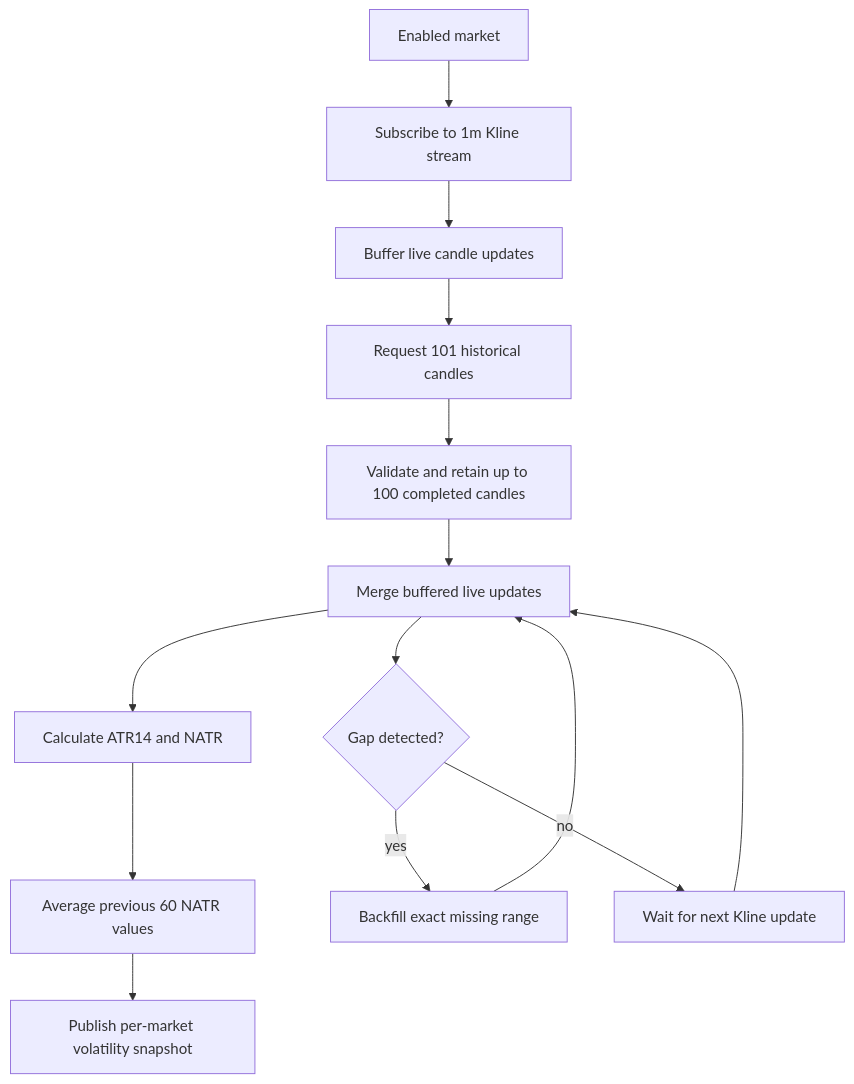
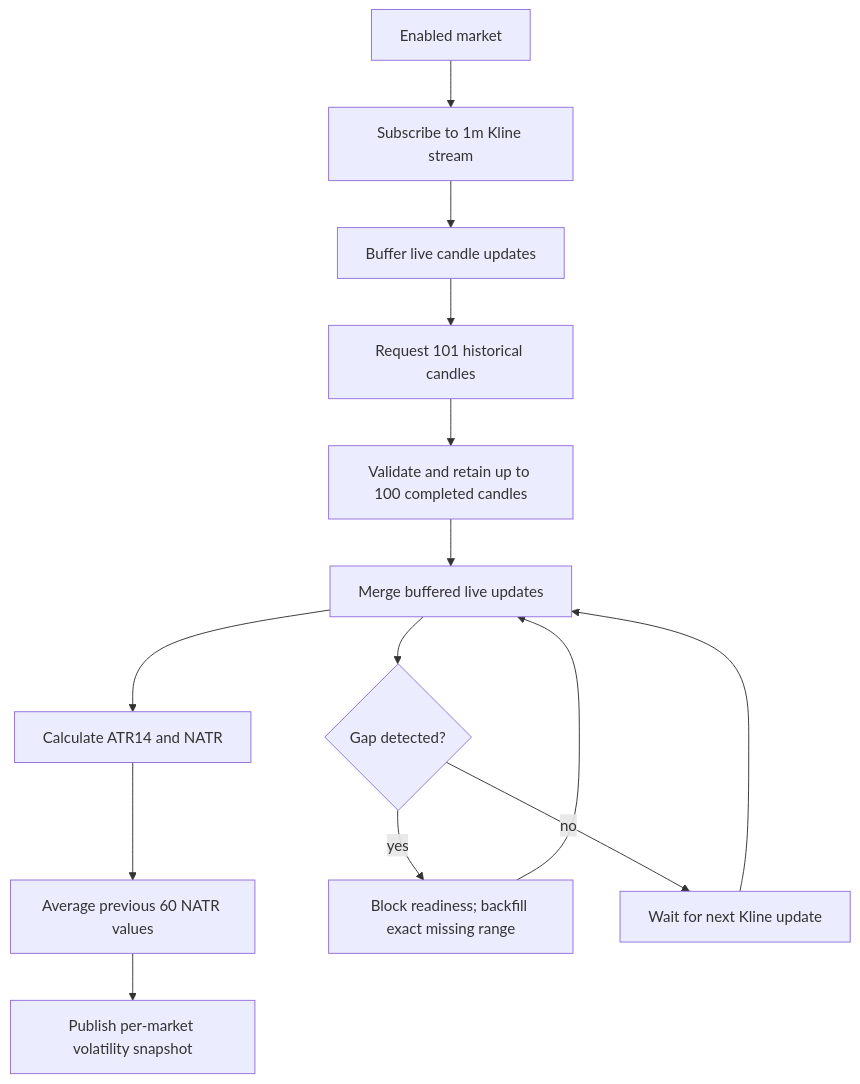
One commit to 45s/coinzilla changed the first of 2 diagrams in apps/harvester/docs/architecture/BROKER_HARVESTER_TRADING_FLOW.md. Above: the diagram before and after it, drawn with Mermaid. The commit also changed other lines of this file and 3 other files, not shown here.

````diff
--- a/apps/harvester/docs/architecture/BROKER_HARVESTER_TRADING_FLOW.md
+++ b/apps/harvester/docs/architecture/BROKER_HARVESTER_TRADING_FLOW.md
@@ -43,16 +43,16 @@
 ```mermaid
 flowchart TD
     A[Enabled market] --> B[Subscribe to 1m Kline stream]
     B --> C[Buffer live candle updates]
     C --> D[Request 101 historical candles]
     D --> E[Validate and retain up to 100 completed candles]
     E --> F[Merge buffered live updates]
     F --> G[Calculate ATR14 and NATR]
     G --> H[Average previous 60 NATR values]
     H --> I[Publish per-market volatility snapshot]
     F --> J{Gap detected?}
-    J -- yes --> K[Backfill exact missing range]
+    J -- yes --> K[Block readiness; backfill exact missing range]
     K --> F
     J -- no --> L[Wait for next Kline update]
     L --> F
 ```
````
